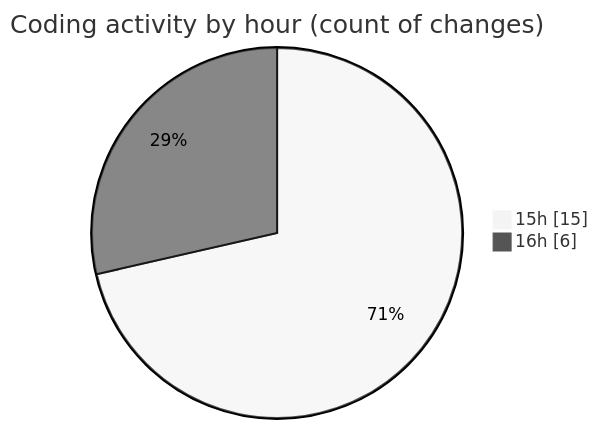
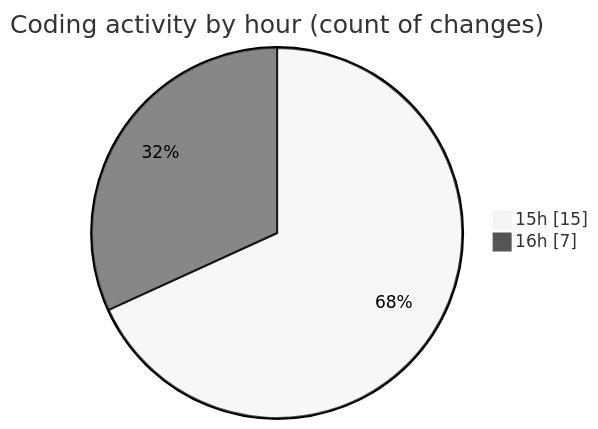
Before and after one commit to donsfak/code-tracking: the second of 2 diagrams in 2025-02-25/trackers_app/README.md, drawn with Mermaid (neutral theme). The commit also changed other lines of this file and 1 other file, not shown here.

````diff
--- a/2025-02-25/trackers_app/README.md
+++ b/2025-02-25/trackers_app/README.md
@@ -30,6 +30,6 @@
 ```mermaid
 pie showData
 title Coding activity by hour (count of changes)
 "15h" : 15
-"16h" : 6
+"16h" : 7
 ```
````
